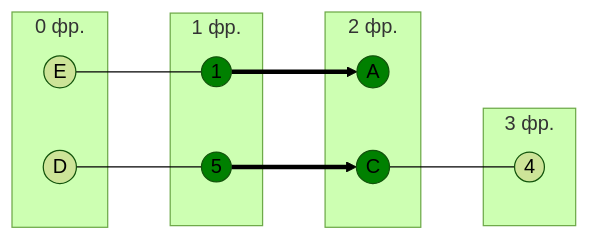
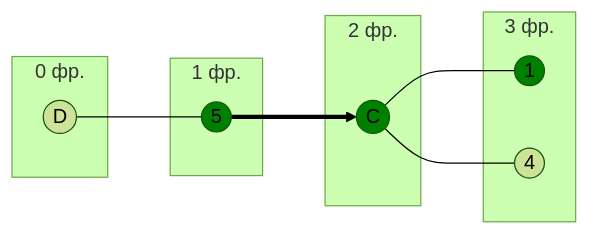
One commit to algos-ris-24-3/manual-tasks changed the seventh of 14 diagrams in Задание 8/syndicate.md. Above: the diagram before and after it, drawn with Mermaid (forest theme). The commit also changed other lines of this file, not shown here.

````diff
--- a/Задание 8/syndicate.md
+++ b/Задание 8/syndicate.md
@@ -213,26 +309,22 @@
 ```mermaid
 graph LR
     subgraph "0 фр."
-        E((E))
         D((D))
     end
     subgraph "1 фр."
-        1((1))
         5((5))
     end
     subgraph "2 фр."
-        A((A))
         C((C))
     end
     subgraph "3 фр."
         4((4))
+        1((1))
     end
+    D --- 5 ==> C --- 4 
+    C --- 1
 
-    E --- 1 ==> A
-    D --- 5 ==> C --- 4
-
-    style A fill:#008000
     style C fill:#008000
     style 1 fill:#008000
     style 5 fill:#008000
 ```
````
